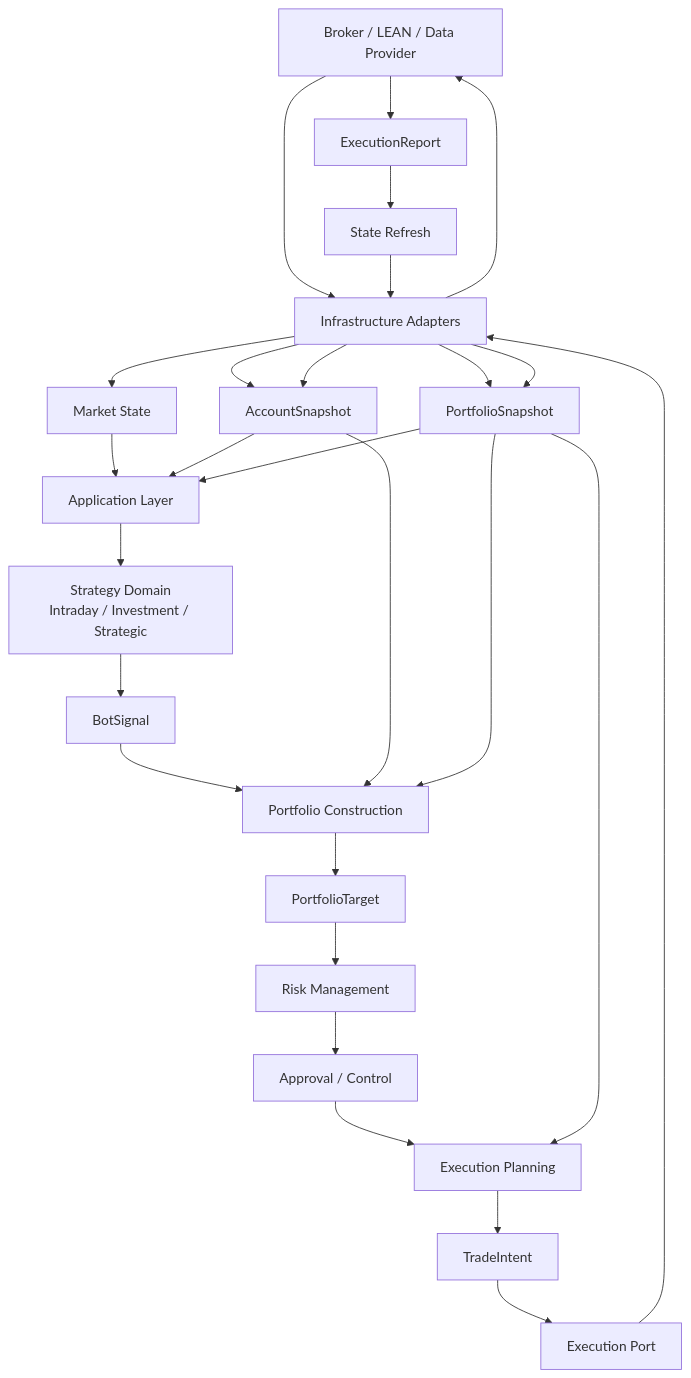
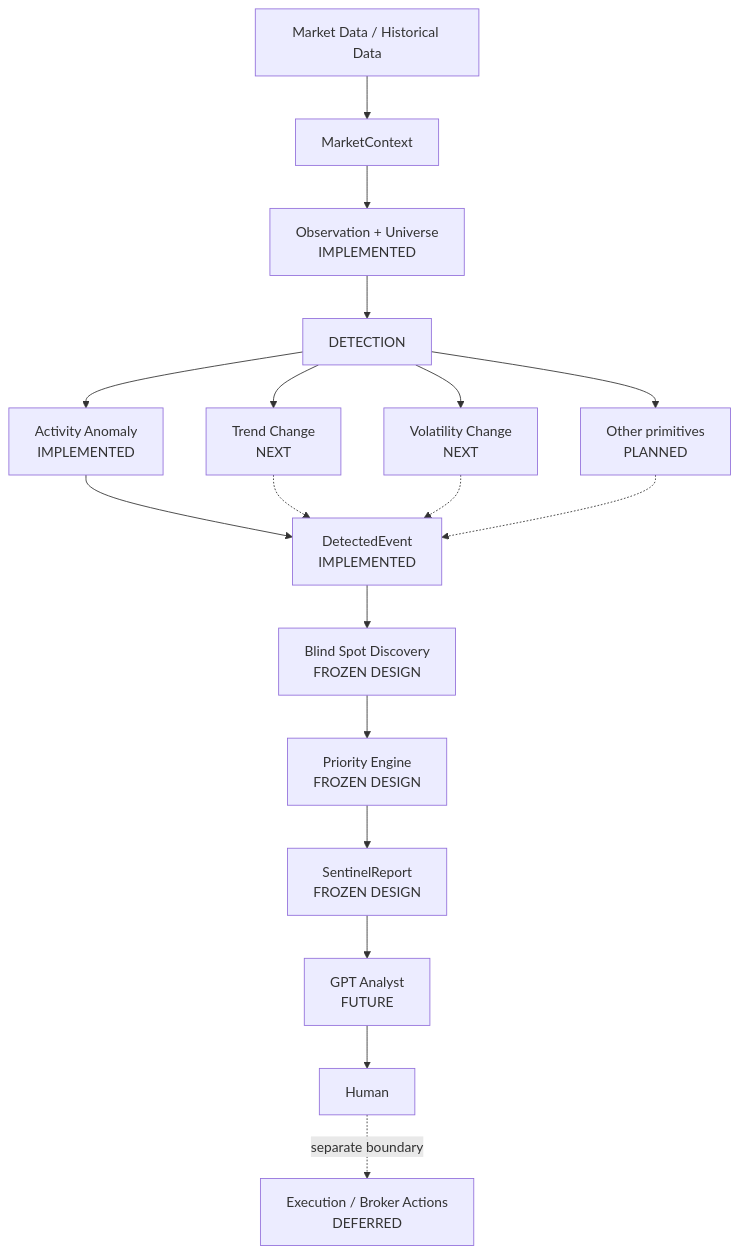
The first of 2 diagrams in docs/architecture/system-overview.md (Daxoniel/DX27-Trading-Engine), drawn with Mermaid before and after one commit. The commit also changed other lines of this file and 1 other file, not shown here.

Commit message:
docs: align DX27 architecture with Sentinel 6B-1

````diff
--- a/docs/architecture/system-overview.md
+++ b/docs/architecture/system-overview.md
@@ -790,81 +25,25 @@
 ```mermaid
 flowchart TB
+    Data["Market Data / Historical Data"] --> Context["MarketContext"]
+    Context --> Observation["Observation + Universe<br/>IMPLEMENTED"]
+    Observation --> Detection["DETECTION"]
 
-    External["Broker / LEAN / Data Provider"]
+    Detection --> Activity["Activity Anomaly<br/>IMPLEMENTED"]
+    Detection --> Trend["Trend Change<br/>NEXT"]
+    Detection --> Volatility["Volatility Change<br/>NEXT"]
+    Detection --> Other["Other primitives<br/>PLANNED"]
 
-    Adapters["Infrastructure Adapters"]
+    Activity --> Event["DetectedEvent<br/>IMPLEMENTED"]
+    Trend -.-> Event
+    Volatility -.-> Event
+    Other -.-> Event
 
-    Market["Market State"]
-    Account["AccountSnapshot"]
-    Portfolio["PortfolioSnapshot"]
+    Event --> Discovery["Blind Spot Discovery<br/>FROZEN DESIGN"]
+    Discovery --> Priority["Priority Engine<br/>FROZEN DESIGN"]
+    Priority --> Report["SentinelReport<br/>FROZEN DESIGN"]
+    Report --> Analyst["GPT Analyst<br/>FUTURE"]
+    Analyst --> Human["Human"]
 
-    Application["Application Layer"]
-
-    Domain["Strategy Domain<br/>Intraday / Investment / Strategic"]
-
-    Signal["BotSignal"]
-
-    Construction["Portfolio Construction"]
-
-    Target["PortfolioTarget"]
-
-    Risk["Risk Management"]
-
-    Approval["Approval / Control"]
-
-    Planning["Execution Planning"]
-
-    Intent["TradeIntent"]
-
-    Execution["Execution Port"]
-
-    Report["ExecutionReport"]
-
-    Refresh["State Refresh"]
-
-    External --> Adapters
-
-    Adapters --> Market
-    Adapters --> Account
-    Adapters --> Portfolio
-
-    Market --> Application
-    Account --> Application
-    Portfolio --> Application
-
-    Application --> Domain
-
-    Domain --> Signal
-
-    Signal --> Construction
-
-    Account --> Construction
-    Portfolio --> Construction
-
-    Construction --> Target
-
-    Target --> Risk
-
-    Risk --> Approval
-
-    Approval --> Planning
-
-    Portfolio --> Planning
-
-    Planning --> Intent
-
-    Intent --> Execution
-
-    Execution --> Adapters
-
-    Adapters --> External
-
-    External --> Report
-
-    Report --> Refresh
-
-    Refresh --> Adapters
-
-    Adapters --> Account
-    Adapters --> Portfolio
+    Execution["Execution / Broker Actions<br/>DEFERRED"]
+    Human -. "separate boundary" .-> Execution
 ```
````
